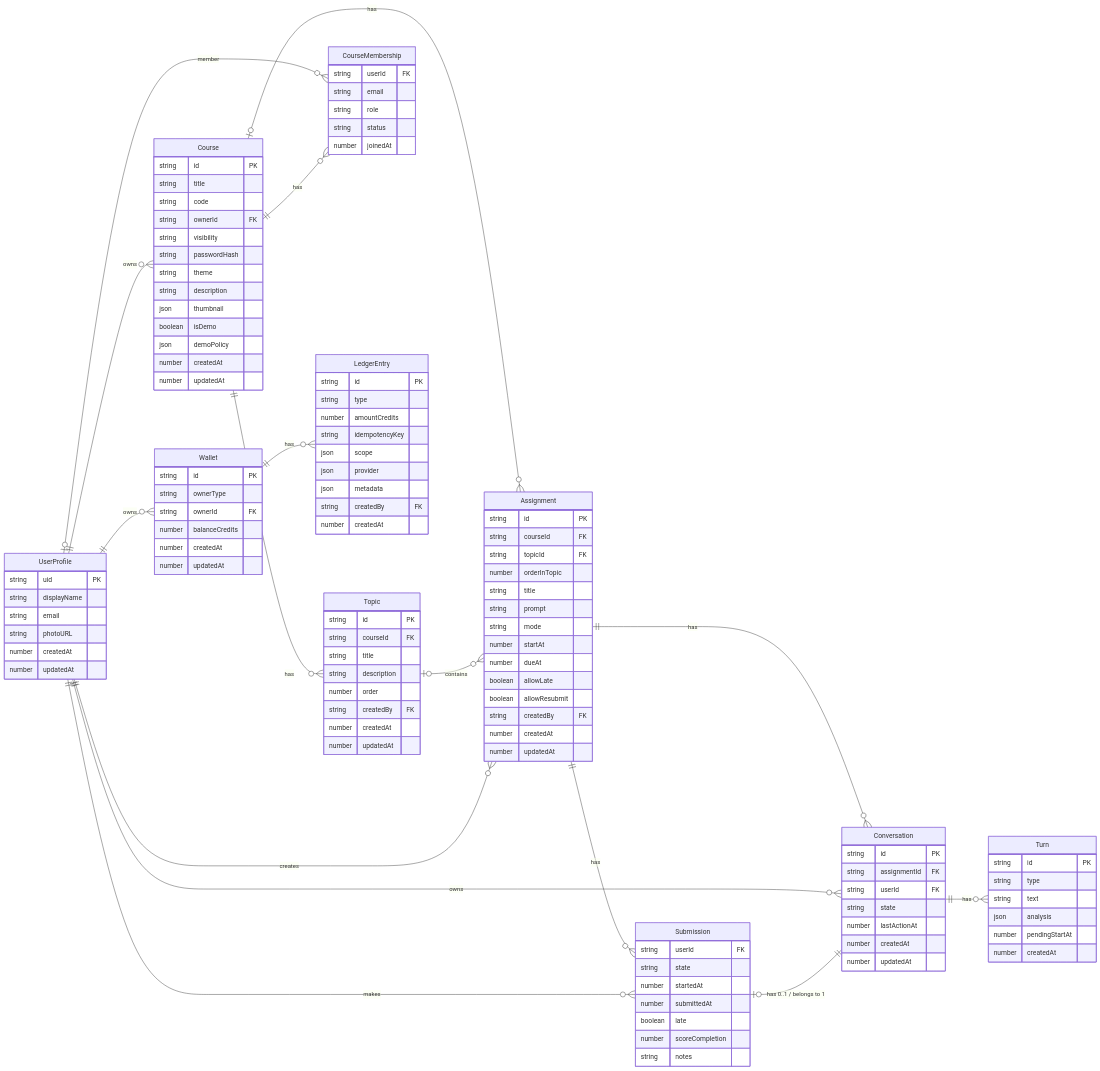
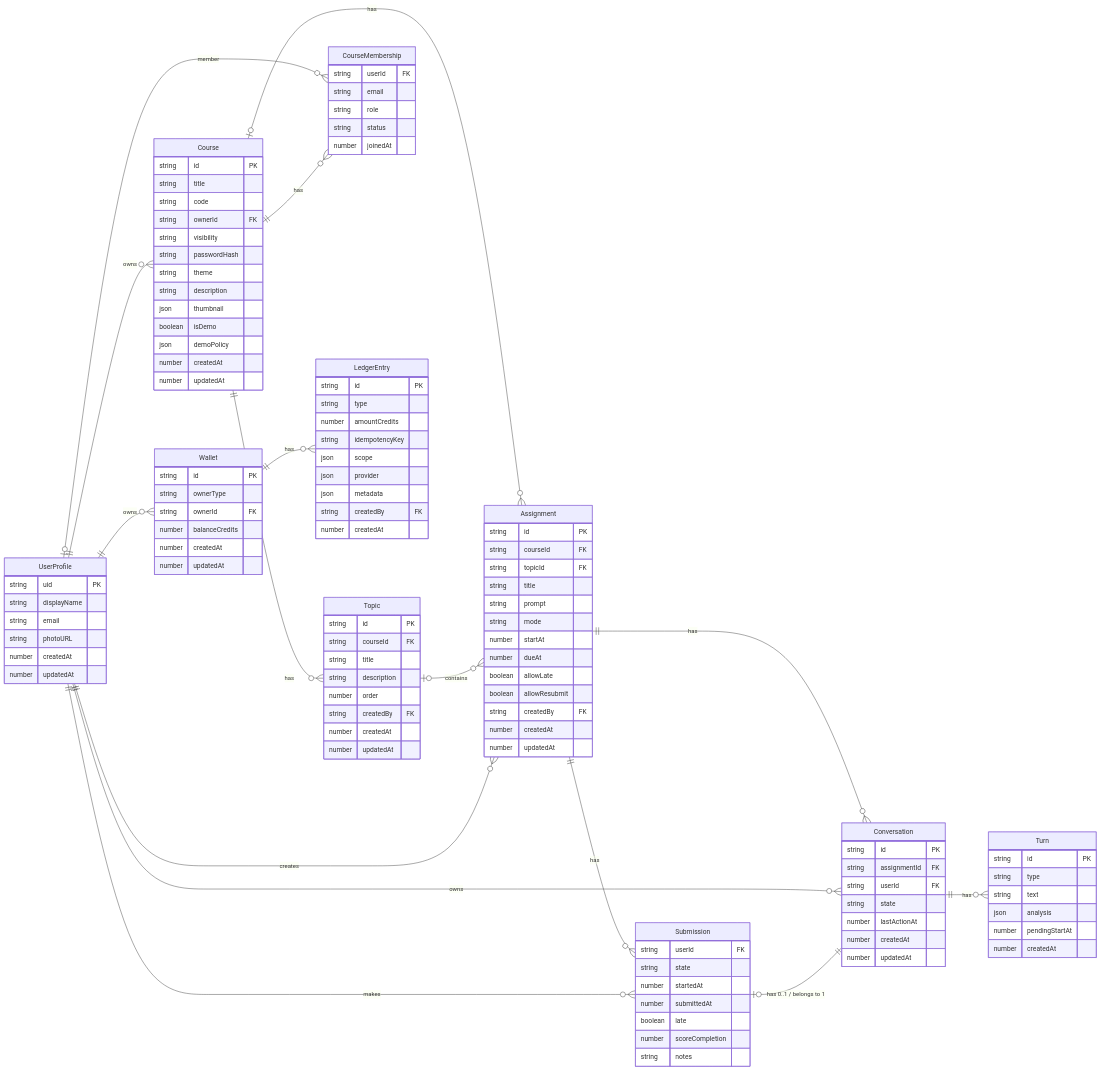
Before and after one commit to JacobLinCool/mentora: the diagram in packages/firebase/README.md, drawn with Mermaid. The commit also changed other lines of this file and 6 other files, not shown here.

Commit message:
feat: update questionnaire handling and remove orderInTopic references

```diff
--- a/packages/firebase/README.md
+++ b/packages/firebase/README.md
@@ -56,7 +56,6 @@
     string id PK
     string courseId FK
     string topicId FK
-    number orderInTopic
     string title
     string prompt
     string mode
```
